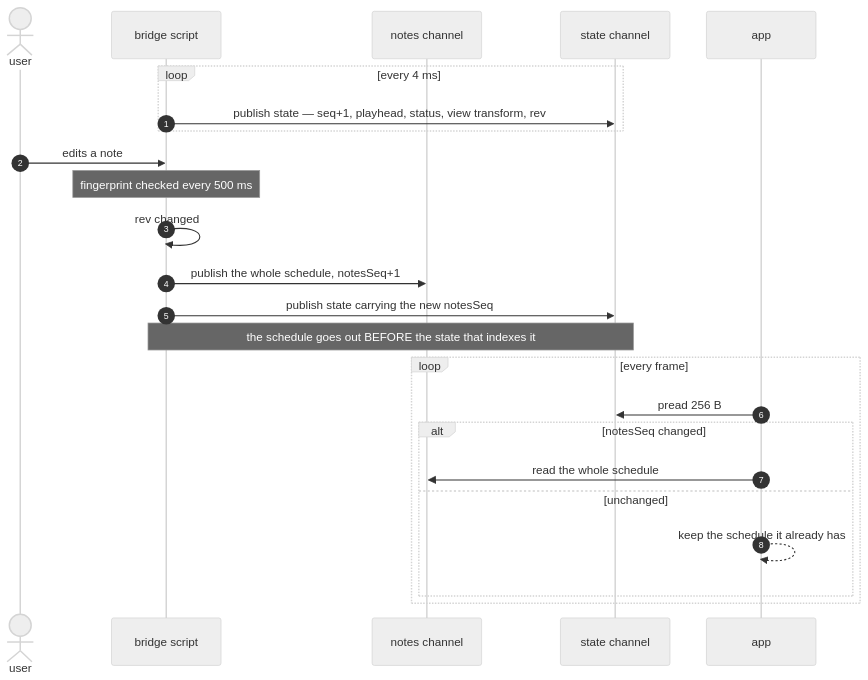
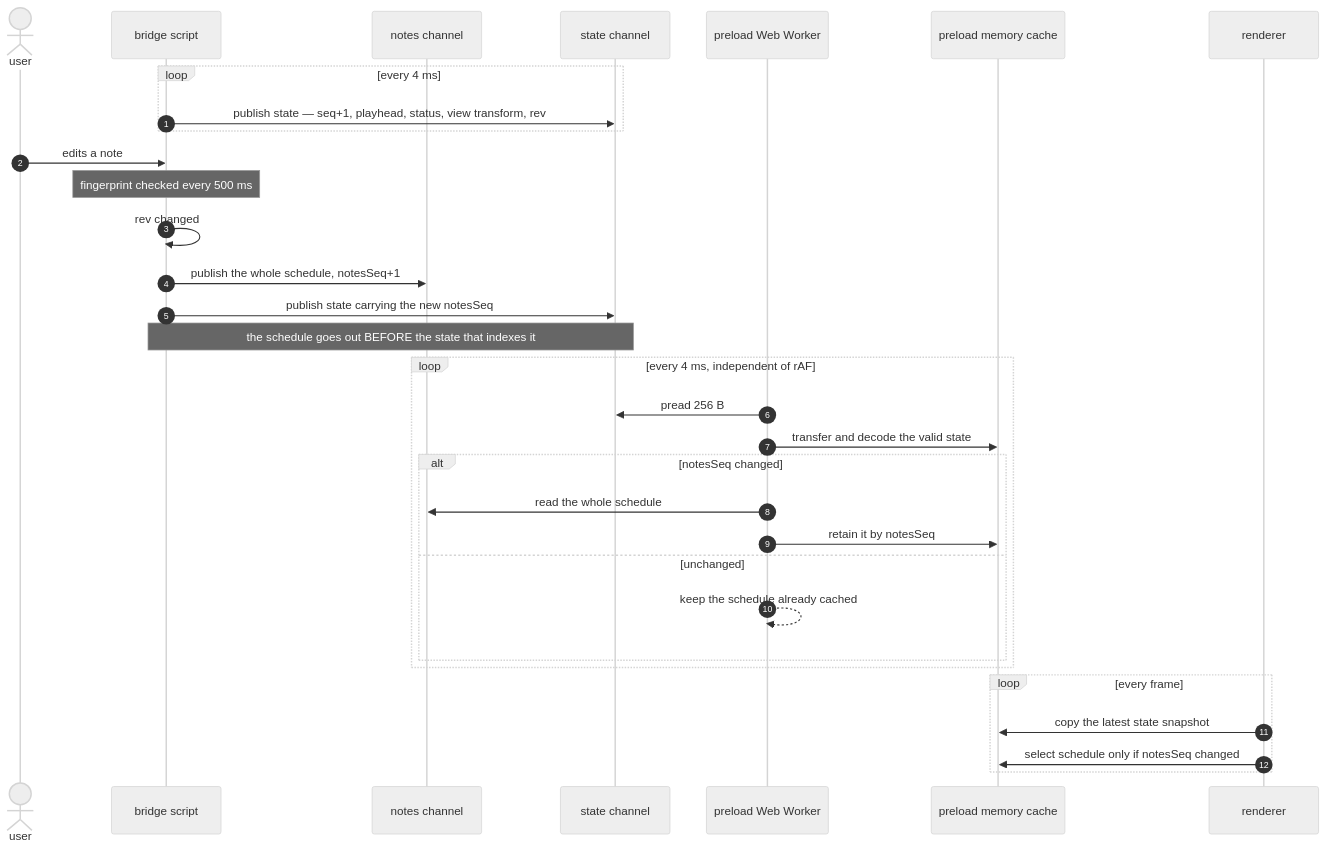
Before and after one commit to 0x1f320/karaoke-v: the diagram in docs/bridge.md, drawn with Mermaid (neutral theme). The commit also changed other lines of this file and 31 other files, not shown here.

````diff
--- a/docs/bridge.md
+++ b/docs/bridge.md
@@ -73,30 +73,39 @@
 ```mermaid
 sequenceDiagram
     autonumber
     actor U as user
     participant S as bridge script
     participant N as notes channel
     participant T as state channel
-    participant A as app
+    participant W as preload Web Worker
+    participant M as preload memory cache
+    participant A as renderer
 
     loop every 4 ms
         S->>T: publish state — seq+1, playhead, status, view transform, rev
     end
 
     U->>S: edits a note
     Note over S: fingerprint checked every 500 ms
     S->>S: rev changed
     S->>N: publish the whole schedule, notesSeq+1
     S->>T: publish state carrying the new notesSeq
 
     Note over S,T: the schedule goes out BEFORE the state that indexes it
 
-    loop every frame
-        A->>T: pread 256 B
+    loop every 4 ms, independent of rAF
+        W->>T: pread 256 B
+        W->>M: transfer and decode the valid state
         alt notesSeq changed
-            A->>N: read the whole schedule
+            W->>N: read the whole schedule
+            W->>M: retain it by notesSeq
         else unchanged
-            A-->>A: keep the schedule it already has
+            W-->>W: keep the schedule already cached
         end
     end
+
+    loop every frame
+        A->>M: copy the latest state snapshot
+        A->>M: select schedule only if notesSeq changed
+    end
 ```
````
